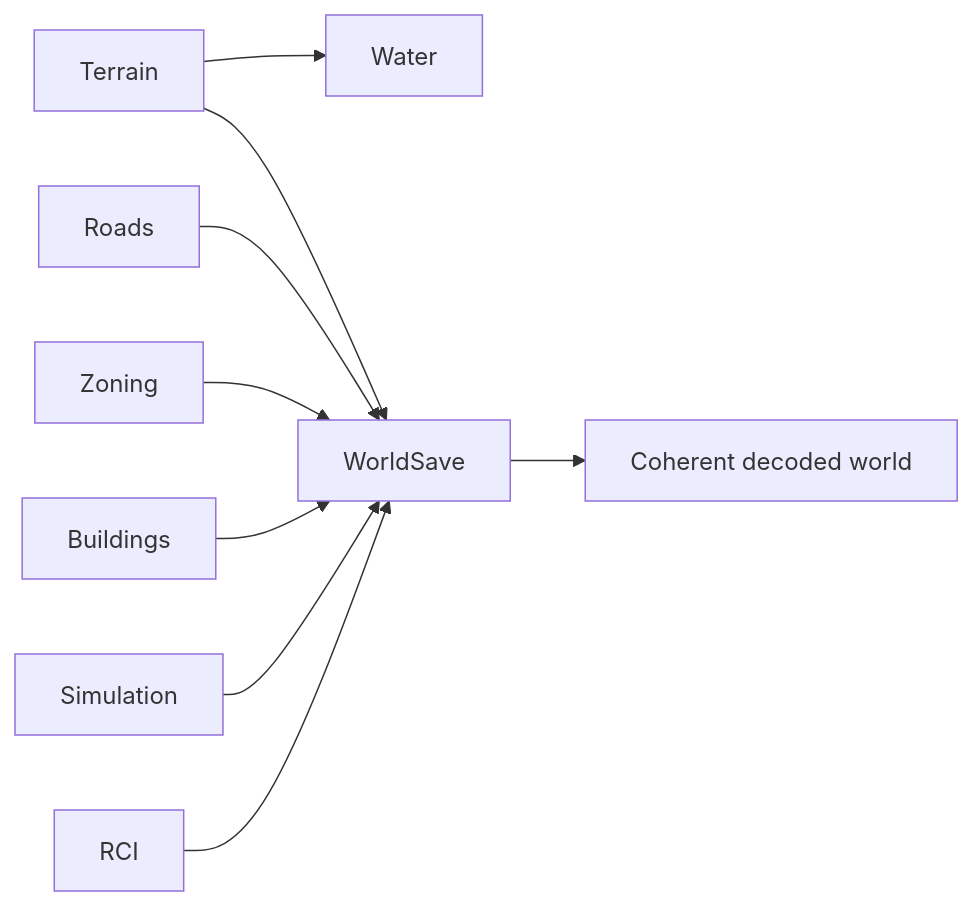
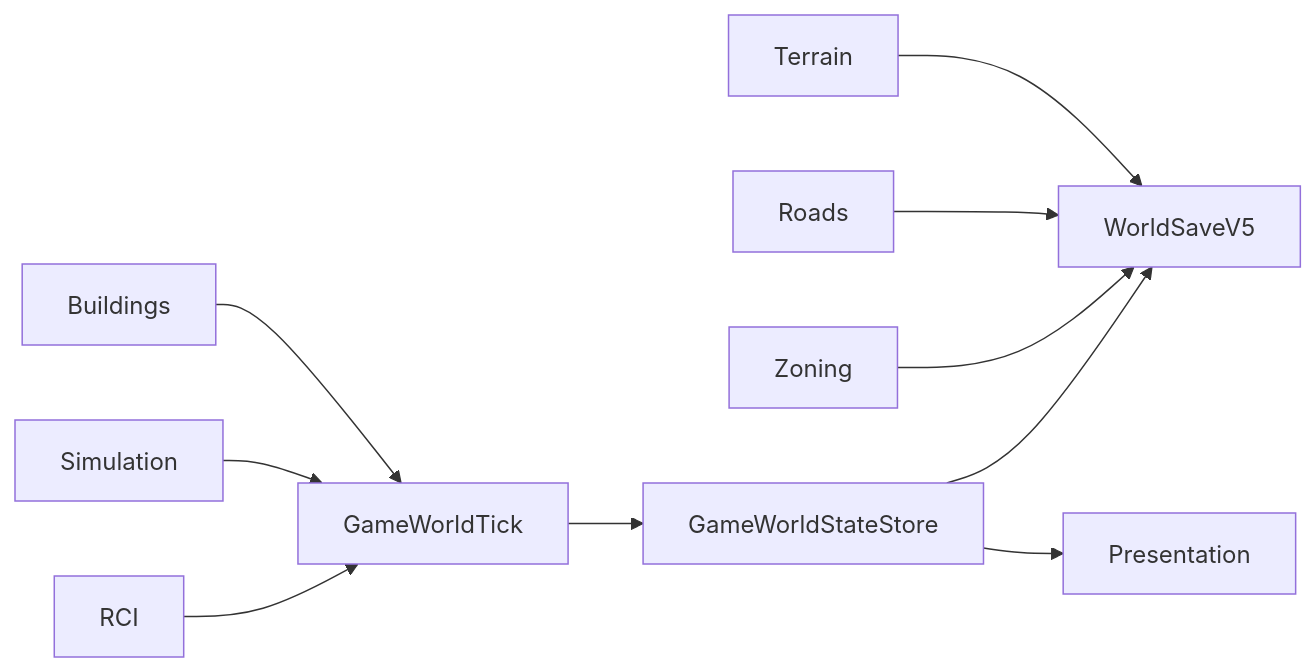
The diagram in docs/systems/world/README.md (petechatchawan/web-three-city), drawn with Mermaid before and after one commit. The commit also changed other lines of this file, not shown here.

Commit message:
docs(world): document atomic RCI world integration

````diff
--- a/docs/systems/world/README.md
+++ b/docs/systems/world/README.md
@@ -45,11 +55,12 @@
 ```mermaid
 flowchart LR
-  Terrain --> Water
-  Terrain --> WorldSave
-  Roads --> WorldSave
-  Zoning --> WorldSave
-  Buildings --> WorldSave
-  Simulation --> WorldSave
-  RCI --> WorldSave
-  WorldSave --> DecodedWorld[Coherent decoded world]
+  Terrain --> WorldSaveV5
+  Roads --> WorldSaveV5
+  Zoning --> WorldSaveV5
+  Buildings --> GameWorldTick
+  Simulation --> GameWorldTick
+  RCI --> GameWorldTick
+  GameWorldTick --> StateStore[GameWorldStateStore]
+  StateStore --> WorldSaveV5
+  StateStore --> Presentation
 ```
````
